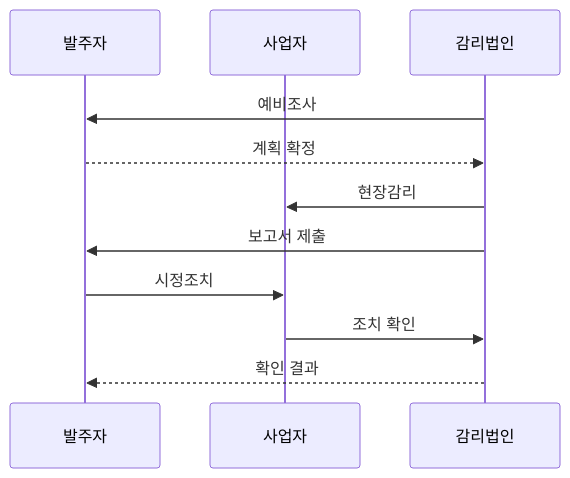
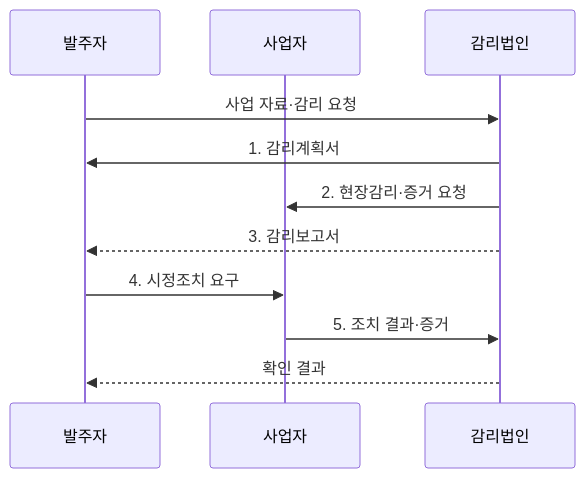
Before and after one commit to agnusdei1207/knowledge-base: the second of 2 diagrams in src/content/docs/notes/06-evaluation/042_information_system_audit_procedure.md, drawn with Mermaid. The commit also changed other lines of this file and 9 other files, not shown here.

````diff
--- a/src/content/docs/notes/06-evaluation/042_information_system_audit_procedure.md
+++ b/src/content/docs/notes/06-evaluation/042_information_system_audit_procedure.md
@@ -84,13 +85,13 @@
 ```mermaid
 sequenceDiagram
     participant C as 발주자
     participant S as 사업자
     participant A as 감리법인
-    A->>C: 예비조사
-    C-->>A: 계획 확정
-    A->>S: 현장감리
-    A->>C: 보고서 제출
-    C->>S: 시정조치
-    S->>A: 조치 확인
+    C->>A: 사업 자료·감리 요청
+    A->>C: 1. 감리계획서
+    A->>S: 2. 현장감리·증거 요청
+    A-->>C: 3. 감리보고서
+    C->>S: 4. 시정조치 요구
+    S->>A: 5. 조치 결과·증거
     A-->>C: 확인 결과
 ```
````
